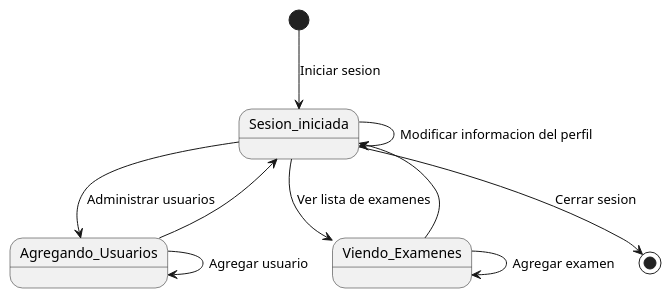
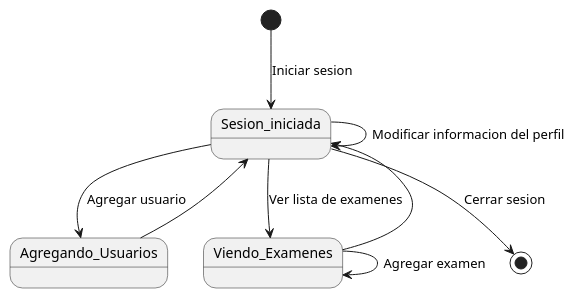
The diagram in docs/scenariosView/DiagramaDeEstadosDeUseCasesAdmin.plantuml (Carverz/IS-022023_Proyecto-Grupo-4), drawn with PlantUML before and after one commit. The commit also changed 1 other file, not shown here.

Commit message:
Modificacion DiagramaDeEstadosDeUseCasesAdmin

```diff
--- a/docs/scenariosView/DiagramaDeEstadosDeUseCasesAdmin.plantuml
+++ b/docs/scenariosView/DiagramaDeEstadosDeUseCasesAdmin.plantuml
@@ -1,16 +1,15 @@
 @startuml DiagramaDeEstadosDeUseCasesAdmin
 skinparam Style strictuml
 
 
 [*] --> Sesion_iniciada: Iniciar sesion
 Sesion_iniciada --> Sesion_iniciada: Modificar informacion del perfil
-Sesion_iniciada --> Agregando_Usuarios: Administrar usuarios
-Agregando_Usuarios --> Agregando_Usuarios: Agregar usuario
+Sesion_iniciada --> Agregando_Usuarios: Agregar usuario
 Agregando_Usuarios --> Sesion_iniciada
 
 Sesion_iniciada --> Viendo_Examenes: Ver lista de examenes
 Viendo_Examenes --> Viendo_Examenes: Agregar examen
 Viendo_Examenes --> Sesion_iniciada
 Sesion_iniciada --> [*]: Cerrar sesion
 
 @enduml
```
